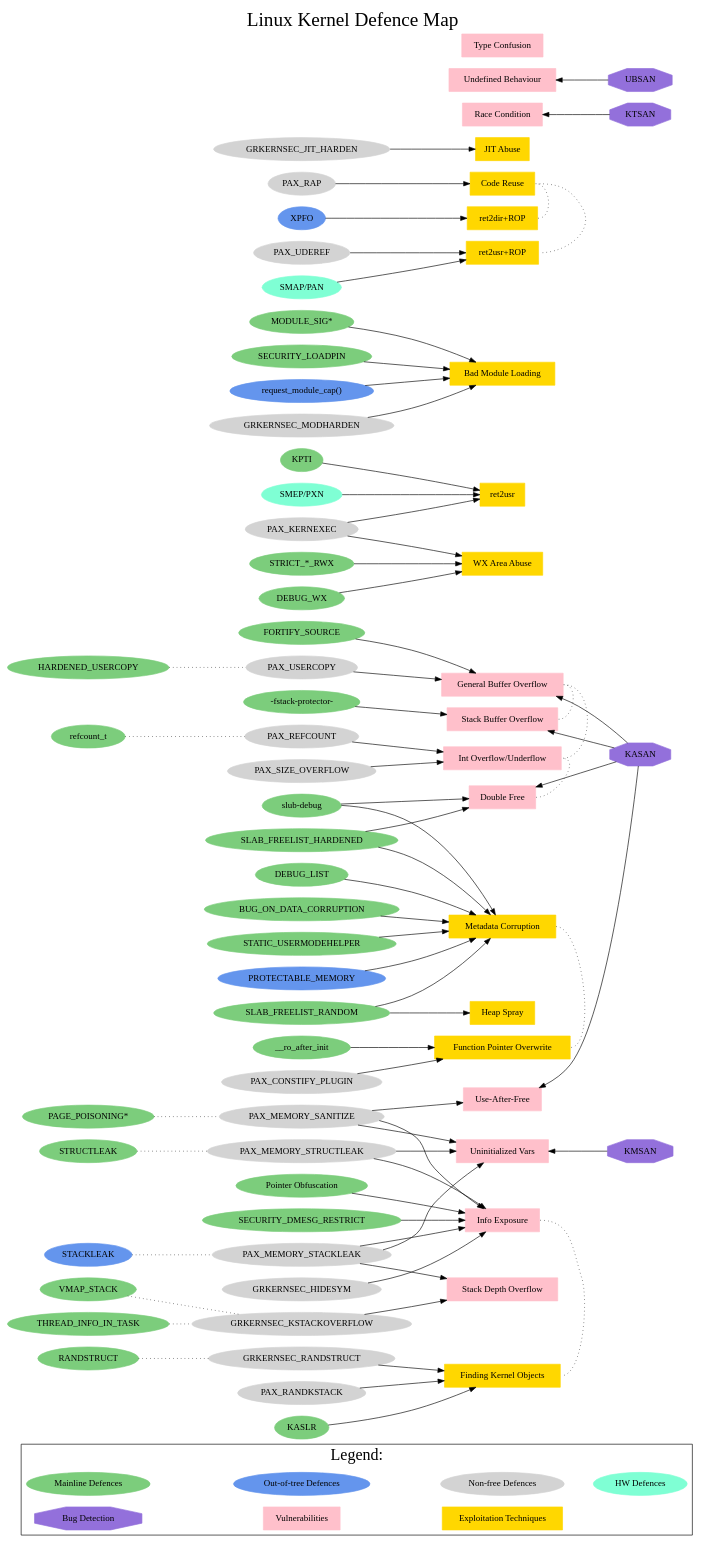
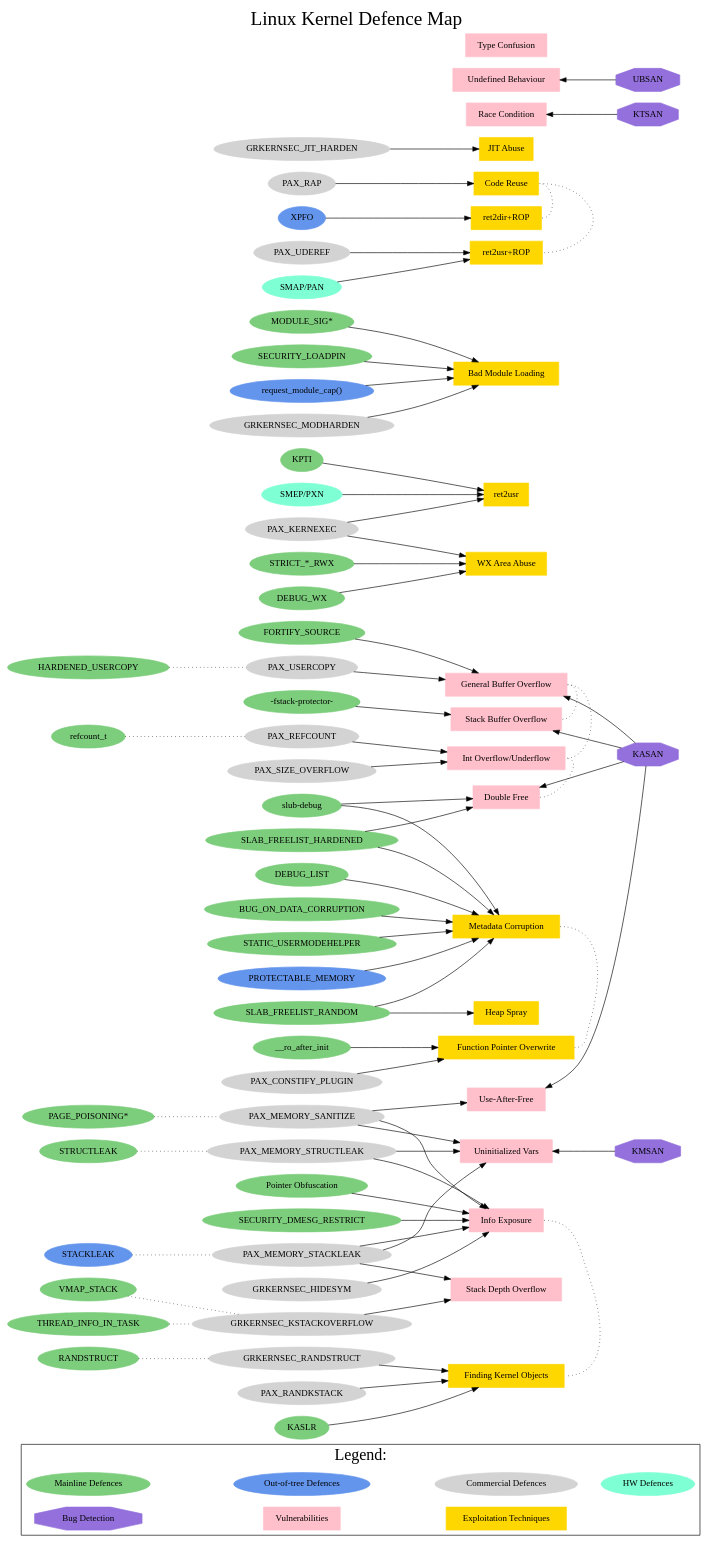
Before and after one commit to a13xp0p0v/linux-kernel-defence-map: the diagram in linux-kernel-defence-map.dot, drawn with Graphviz.

Commit message:
Non-free Defences -> Commercial Defences (thanks to Brad Spengler)

```diff
--- a/linux-kernel-defence-map.dot
+++ b/linux-kernel-defence-map.dot
@@ -44,7 +44,7 @@
 
     "Mainline Defences" [shape=oval, color=palegreen3];
     "Out-of-tree Defences" [shape=oval, color=cornflowerblue];
-    "Non-free Defences" [shape=oval, color=lightgrey];
+    "Commercial Defences" [shape=oval, color=lightgrey];
     "HW Defences" [shape=oval, color=aquamarine];
     "Bug Detection" [shape=octagon, color=mediumpurple];
     "Vulnerabilities" [shape=box, color=pink];
@@ -53,7 +53,7 @@
 
   // For pretty legend layout:
   edge [arrowhead=none, style=invis];
-  "Mainline Defences" -> "Out-of-tree Defences" -> "Non-free Defences" -> "HW Defences";
+  "Mainline Defences" -> "Out-of-tree Defences" -> "Commercial Defences" -> "HW Defences";
   "Bug Detection" -> "Vulnerabilities" -> "Exploitation Techniques";
 
 
@@ -87,7 +87,7 @@
     "PROTECTABLE_MEMORY";
     "request_module_cap()";
 
-    // Non-free Defences
+    // Commercial Defences
     node [shape=oval, color=lightgrey];
     "GRKERNSEC_KSTACKOVERFLOW";
     "PAX_REFCOUNT";
```
